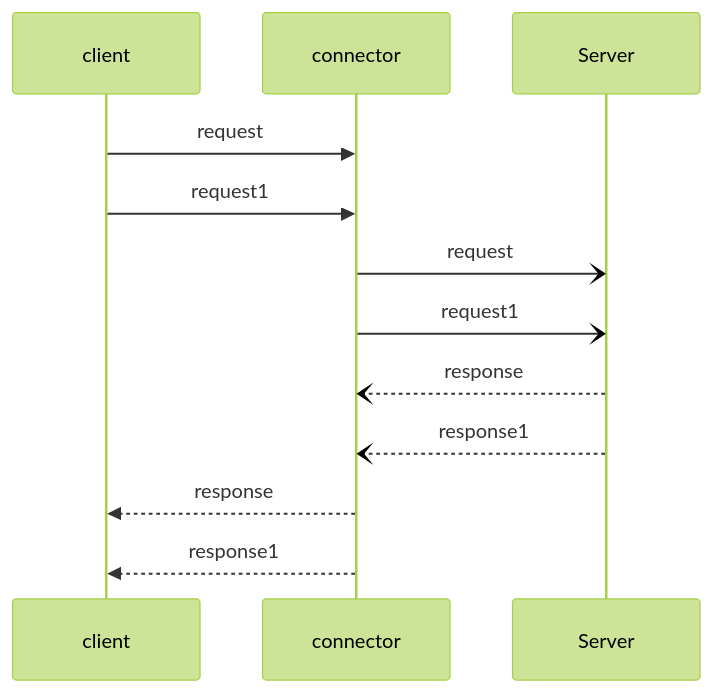
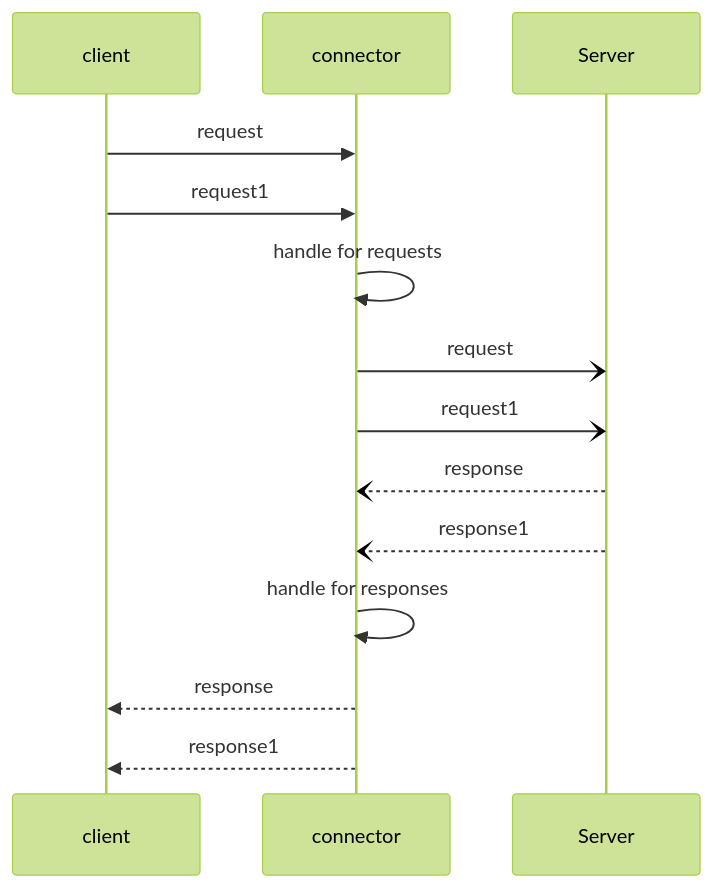
The diagram in README.md (WaterGod1723/mitm-proxy), drawn with Mermaid (forest theme) before and after one commit.

````diff
--- a/README.md
+++ b/README.md
@@ -2,11 +2,13 @@
 ```mermaid
 sequenceDiagram
    client->>connector:request
    client->>connector:request1
+   connector->>connector: handle for requests
    connector-)Server:request
    connector-)Server:request1
    Server--)connector:response
    Server--)connector:response1
+   connector->>connector: handle for responses
    connector-->>client:response
    connector-->>client:response1
 ```
````
